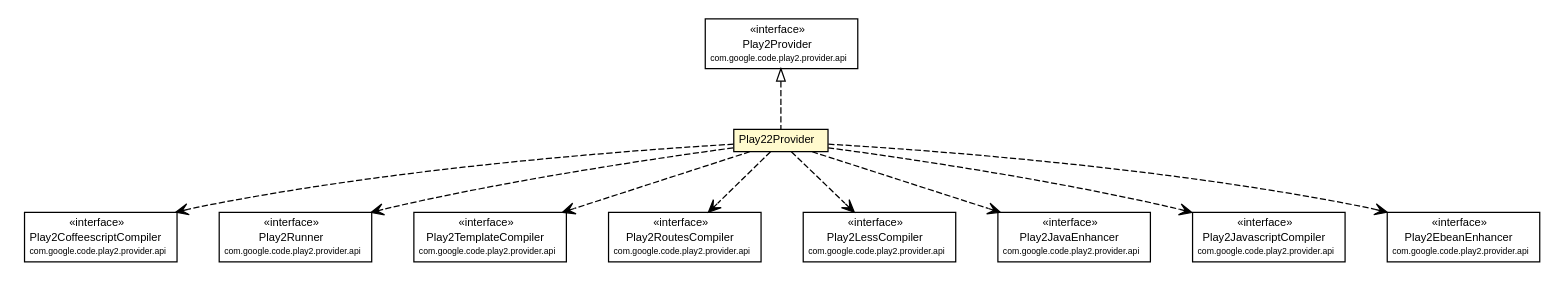
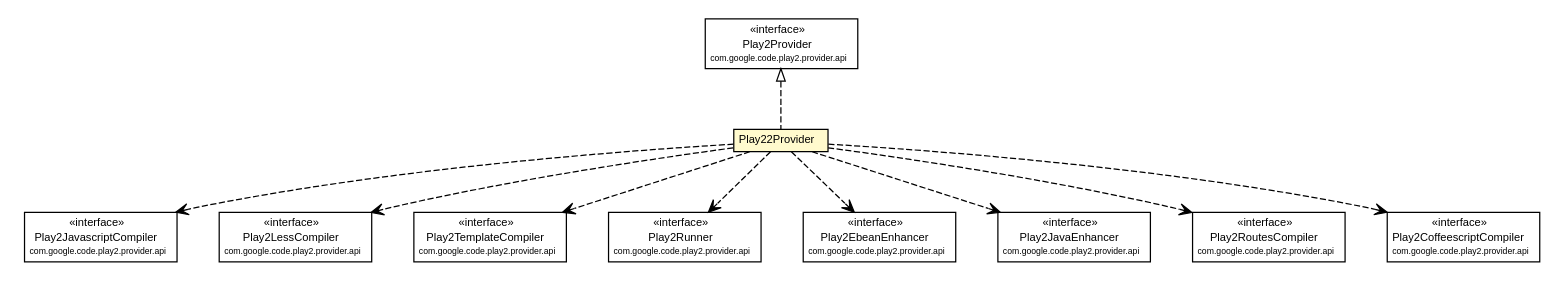
The diagram in mavensite/1.0.0-beta3/play2-providers/play2-provider-play22/apidocs/com/google/code/play2/provider/play22/Play22Provider.dot (wouterhardeman/play2-maven-plugin), drawn with Graphviz before and after one commit. The commit also changed 600 other files, not shown here.

```diff
--- a/mavensite/1.0.0-beta3/play2-providers/play2-provider-play22/apidocs/com/google/code/play2/provider/play22/Play22Provider.dot
+++ b/mavensite/1.0.0-beta3/play2-providers/play2-provider-play22/apidocs/com/google/code/play2/provider/play22/Play22Provider.dot
@@ -1,108 +1,108 @@
 #!/usr/local/bin/dot
 #
 # Class diagram 
 # Generated by UMLGraph version R5_6-24-gf6e263 (http://www.umlgraph.org/)
 #
 
 digraph G {
 	edge [fontname="arial",fontsize=10,labelfontname="arial",labelfontsize=10];
 	node [fontname="arial",fontsize=10,shape=plaintext];
 	nodesep=0.25;
 	ranksep=0.5;
 	// com.google.code.play2.provider.play22.Play22Provider
 	c189 [label=<<table title="com.google.code.play2.provider.play22.Play22Provider" border="0" cellborder="1" cellspacing="0" cellpadding="2" port="p" bgcolor="lemonChiffon" href="./Play22Provider.html">
 		<tr><td><table border="0" cellspacing="0" cellpadding="1">
 <tr><td align="center" balign="center"> Play22Provider </td></tr>
 		</table></td></tr>
 		</table>>, URL="./Play22Provider.html", fontname="arial", fontcolor="black", fontsize=9.0];
 	//com.google.code.play2.provider.play22.Play22Provider implements com.google.code.play2.provider.api.Play2Provider
 	c198:p -> c189:p [dir=back,arrowtail=empty,style=dashed];
-	// com.google.code.play2.provider.play22.Play22Provider DEPEND com.google.code.play2.provider.api.Play2CoffeescriptCompiler
+	// com.google.code.play2.provider.play22.Play22Provider DEPEND com.google.code.play2.provider.api.Play2JavascriptCompiler
 	c189:p -> c199:p [taillabel="", label="", headlabel="", fontname="arial", fontcolor="black", fontsize=10.0, color="black", arrowhead=open, style=dashed];
-	// com.google.code.play2.provider.play22.Play22Provider DEPEND com.google.code.play2.provider.api.Play2Runner
+	// com.google.code.play2.provider.play22.Play22Provider DEPEND com.google.code.play2.provider.api.Play2LessCompiler
 	c189:p -> c200:p [taillabel="", label="", headlabel="", fontname="arial", fontcolor="black", fontsize=10.0, color="black", arrowhead=open, style=dashed];
 	// com.google.code.play2.provider.play22.Play22Provider DEPEND com.google.code.play2.provider.api.Play2TemplateCompiler
 	c189:p -> c201:p [taillabel="", label="", headlabel="", fontname="arial", fontcolor="black", fontsize=10.0, color="black", arrowhead=open, style=dashed];
-	// com.google.code.play2.provider.play22.Play22Provider DEPEND com.google.code.play2.provider.api.Play2RoutesCompiler
+	// com.google.code.play2.provider.play22.Play22Provider DEPEND com.google.code.play2.provider.api.Play2Runner
 	c189:p -> c202:p [taillabel="", label="", headlabel="", fontname="arial", fontcolor="black", fontsize=10.0, color="black", arrowhead=open, style=dashed];
-	// com.google.code.play2.provider.play22.Play22Provider DEPEND com.google.code.play2.provider.api.Play2LessCompiler
+	// com.google.code.play2.provider.play22.Play22Provider DEPEND com.google.code.play2.provider.api.Play2EbeanEnhancer
 	c189:p -> c203:p [taillabel="", label="", headlabel="", fontname="arial", fontcolor="black", fontsize=10.0, color="black", arrowhead=open, style=dashed];
 	// com.google.code.play2.provider.play22.Play22Provider DEPEND com.google.code.play2.provider.api.Play2JavaEnhancer
 	c189:p -> c204:p [taillabel="", label="", headlabel="", fontname="arial", fontcolor="black", fontsize=10.0, color="black", arrowhead=open, style=dashed];
-	// com.google.code.play2.provider.play22.Play22Provider DEPEND com.google.code.play2.provider.api.Play2JavascriptCompiler
+	// com.google.code.play2.provider.play22.Play22Provider DEPEND com.google.code.play2.provider.api.Play2RoutesCompiler
 	c189:p -> c205:p [taillabel="", label="", headlabel="", fontname="arial", fontcolor="black", fontsize=10.0, color="black", arrowhead=open, style=dashed];
-	// com.google.code.play2.provider.play22.Play22Provider DEPEND com.google.code.play2.provider.api.Play2EbeanEnhancer
+	// com.google.code.play2.provider.play22.Play22Provider DEPEND com.google.code.play2.provider.api.Play2CoffeescriptCompiler
 	c189:p -> c206:p [taillabel="", label="", headlabel="", fontname="arial", fontcolor="black", fontsize=10.0, color="black", arrowhead=open, style=dashed];
 	// com.google.code.play2.provider.api.Play2Provider
 	c198 [label=<<table title="com.google.code.play2.provider.api.Play2Provider" border="0" cellborder="1" cellspacing="0" cellpadding="2" port="p">
 		<tr><td><table border="0" cellspacing="0" cellpadding="1">
 <tr><td align="center" balign="center"> &#171;interface&#187; </td></tr>
 <tr><td align="center" balign="center"> Play2Provider </td></tr>
 <tr><td align="center" balign="center"><font point-size="7.0"> com.google.code.play2.provider.api </font></td></tr>
 		</table></td></tr>
 		</table>>, URL="null", fontname="arial", fontcolor="black", fontsize=9.0];
 	// com.google.code.play2.provider.api.Play2RoutesCompiler
-	c202 [label=<<table title="com.google.code.play2.provider.api.Play2RoutesCompiler" border="0" cellborder="1" cellspacing="0" cellpadding="2" port="p">
+	c205 [label=<<table title="com.google.code.play2.provider.api.Play2RoutesCompiler" border="0" cellborder="1" cellspacing="0" cellpadding="2" port="p">
 		<tr><td><table border="0" cellspacing="0" cellpadding="1">
 <tr><td align="center" balign="center"> &#171;interface&#187; </td></tr>
 <tr><td align="center" balign="center"> Play2RoutesCompiler </td></tr>
 <tr><td align="center" balign="center"><font point-size="7.0"> com.google.code.play2.provider.api </font></td></tr>
 		</table></td></tr>
 		</table>>, URL="null", fontname="arial", fontcolor="black", fontsize=9.0];
 	// com.google.code.play2.provider.api.Play2LessCompiler
-	c203 [label=<<table title="com.google.code.play2.provider.api.Play2LessCompiler" border="0" cellborder="1" cellspacing="0" cellpadding="2" port="p">
+	c200 [label=<<table title="com.google.code.play2.provider.api.Play2LessCompiler" border="0" cellborder="1" cellspacing="0" cellpadding="2" port="p">
 		<tr><td><table border="0" cellspacing="0" cellpadding="1">
 <tr><td align="center" balign="center"> &#171;interface&#187; </td></tr>
 <tr><td align="center" balign="center"> Play2LessCompiler </td></tr>
 <tr><td align="center" balign="center"><font point-size="7.0"> com.google.code.play2.provider.api </font></td></tr>
 		</table></td></tr>
 		</table>>, URL="null", fontname="arial", fontcolor="black", fontsize=9.0];
 	// com.google.code.play2.provider.api.Play2TemplateCompiler
 	c201 [label=<<table title="com.google.code.play2.provider.api.Play2TemplateCompiler" border="0" cellborder="1" cellspacing="0" cellpadding="2" port="p">
 		<tr><td><table border="0" cellspacing="0" cellpadding="1">
 <tr><td align="center" balign="center"> &#171;interface&#187; </td></tr>
 <tr><td align="center" balign="center"> Play2TemplateCompiler </td></tr>
 <tr><td align="center" balign="center"><font point-size="7.0"> com.google.code.play2.provider.api </font></td></tr>
 		</table></td></tr>
 		</table>>, URL="null", fontname="arial", fontcolor="black", fontsize=9.0];
 	// com.google.code.play2.provider.api.Play2CoffeescriptCompiler
-	c199 [label=<<table title="com.google.code.play2.provider.api.Play2CoffeescriptCompiler" border="0" cellborder="1" cellspacing="0" cellpadding="2" port="p">
+	c206 [label=<<table title="com.google.code.play2.provider.api.Play2CoffeescriptCompiler" border="0" cellborder="1" cellspacing="0" cellpadding="2" port="p">
 		<tr><td><table border="0" cellspacing="0" cellpadding="1">
 <tr><td align="center" balign="center"> &#171;interface&#187; </td></tr>
 <tr><td align="center" balign="center"> Play2CoffeescriptCompiler </td></tr>
 <tr><td align="center" balign="center"><font point-size="7.0"> com.google.code.play2.provider.api </font></td></tr>
 		</table></td></tr>
 		</table>>, URL="null", fontname="arial", fontcolor="black", fontsize=9.0];
 	// com.google.code.play2.provider.api.Play2EbeanEnhancer
-	c206 [label=<<table title="com.google.code.play2.provider.api.Play2EbeanEnhancer" border="0" cellborder="1" cellspacing="0" cellpadding="2" port="p">
+	c203 [label=<<table title="com.google.code.play2.provider.api.Play2EbeanEnhancer" border="0" cellborder="1" cellspacing="0" cellpadding="2" port="p">
 		<tr><td><table border="0" cellspacing="0" cellpadding="1">
 <tr><td align="center" balign="center"> &#171;interface&#187; </td></tr>
 <tr><td align="center" balign="center"> Play2EbeanEnhancer </td></tr>
 <tr><td align="center" balign="center"><font point-size="7.0"> com.google.code.play2.provider.api </font></td></tr>
 		</table></td></tr>
 		</table>>, URL="null", fontname="arial", fontcolor="black", fontsize=9.0];
 	// com.google.code.play2.provider.api.Play2JavascriptCompiler
-	c205 [label=<<table title="com.google.code.play2.provider.api.Play2JavascriptCompiler" border="0" cellborder="1" cellspacing="0" cellpadding="2" port="p">
+	c199 [label=<<table title="com.google.code.play2.provider.api.Play2JavascriptCompiler" border="0" cellborder="1" cellspacing="0" cellpadding="2" port="p">
 		<tr><td><table border="0" cellspacing="0" cellpadding="1">
 <tr><td align="center" balign="center"> &#171;interface&#187; </td></tr>
 <tr><td align="center" balign="center"> Play2JavascriptCompiler </td></tr>
 <tr><td align="center" balign="center"><font point-size="7.0"> com.google.code.play2.provider.api </font></td></tr>
 		</table></td></tr>
 		</table>>, URL="null", fontname="arial", fontcolor="black", fontsize=9.0];
 	// com.google.code.play2.provider.api.Play2JavaEnhancer
 	c204 [label=<<table title="com.google.code.play2.provider.api.Play2JavaEnhancer" border="0" cellborder="1" cellspacing="0" cellpadding="2" port="p">
 		<tr><td><table border="0" cellspacing="0" cellpadding="1">
 <tr><td align="center" balign="center"> &#171;interface&#187; </td></tr>
 <tr><td align="center" balign="center"> Play2JavaEnhancer </td></tr>
 <tr><td align="center" balign="center"><font point-size="7.0"> com.google.code.play2.provider.api </font></td></tr>
 		</table></td></tr>
 		</table>>, URL="null", fontname="arial", fontcolor="black", fontsize=9.0];
 	// com.google.code.play2.provider.api.Play2Runner
-	c200 [label=<<table title="com.google.code.play2.provider.api.Play2Runner" border="0" cellborder="1" cellspacing="0" cellpadding="2" port="p">
+	c202 [label=<<table title="com.google.code.play2.provider.api.Play2Runner" border="0" cellborder="1" cellspacing="0" cellpadding="2" port="p">
 		<tr><td><table border="0" cellspacing="0" cellpadding="1">
 <tr><td align="center" balign="center"> &#171;interface&#187; </td></tr>
 <tr><td align="center" balign="center"> Play2Runner </td></tr>
 <tr><td align="center" balign="center"><font point-size="7.0"> com.google.code.play2.provider.api </font></td></tr>
 		</table></td></tr>
 		</table>>, URL="null", fontname="arial", fontcolor="black", fontsize=9.0];
 }
```
